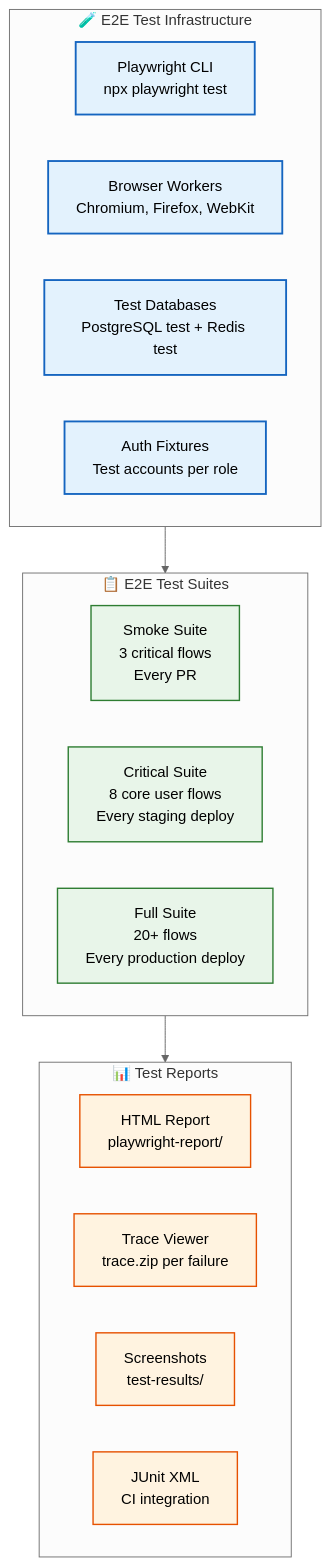
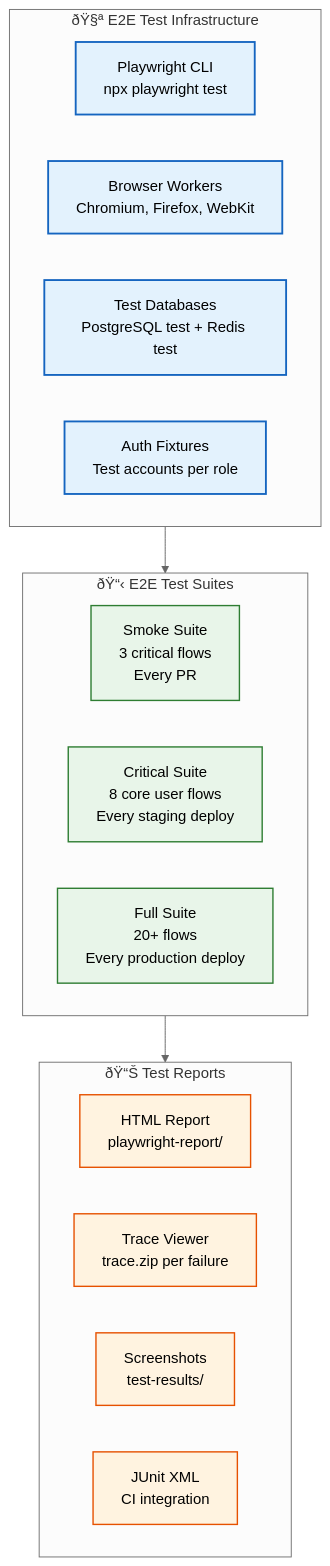
The second of 2 diagrams in Docs/Testing/E2E-Testing.md (Driftloom/Vaeloom), drawn with Mermaid (neutral theme) before and after one commit. The commit also changed other lines of this file and 249 other files, not shown here.

````diff
--- a/Docs/Testing/E2E-Testing.md
+++ b/Docs/Testing/E2E-Testing.md
@@ -172,32 +172,32 @@
 ```mermaid
 graph TD
     classDef infra fill:#e3f2fd,stroke:#1565c0,color:#000,stroke-width:2px
     classDef test fill:#e8f5e9,stroke:#2e7d32,color:#000,stroke-width:1.5px
     classDef report fill:#fff3e0,stroke:#e65100,color:#000,stroke-width:1.5px
 
-    subgraph Infra["🧪 E2E Test Infrastructure"]
+    subgraph Infra["ðŸ§ª E2E Test Infrastructure"]
         I1["Playwright CLI<br/>npx playwright test"]
         I2["Browser Workers<br/>Chromium, Firefox, WebKit"]
         I3["Test Databases<br/>PostgreSQL test + Redis test"]
         I4["Auth Fixtures<br/>Test accounts per role"]
     end
 
-    subgraph Tests["📋 E2E Test Suites"]
+    subgraph Tests["ðŸ“‹ E2E Test Suites"]
         T1["Smoke Suite<br/>3 critical flows<br/>Every PR"]
         T2["Critical Suite<br/>8 core user flows<br/>Every staging deploy"]
         T3["Full Suite<br/>20+ flows<br/>Every production deploy"]
     end
 
-    subgraph Reports["📊 Test Reports"]
+    subgraph Reports["ðŸ“Š Test Reports"]
         R1["HTML Report<br/>playwright-report/"]
         R2["Trace Viewer<br/>trace.zip per failure"]
         R3["Screenshots<br/>test-results/"]
         R4["JUnit XML<br/>CI integration"]
     end
 
     Infra --> Tests --> Reports
 
     class I1,I2,I3,I4 infra
     class T1,T2,T3 test
     class R1,R2,R3,R4 report
 ```
````
